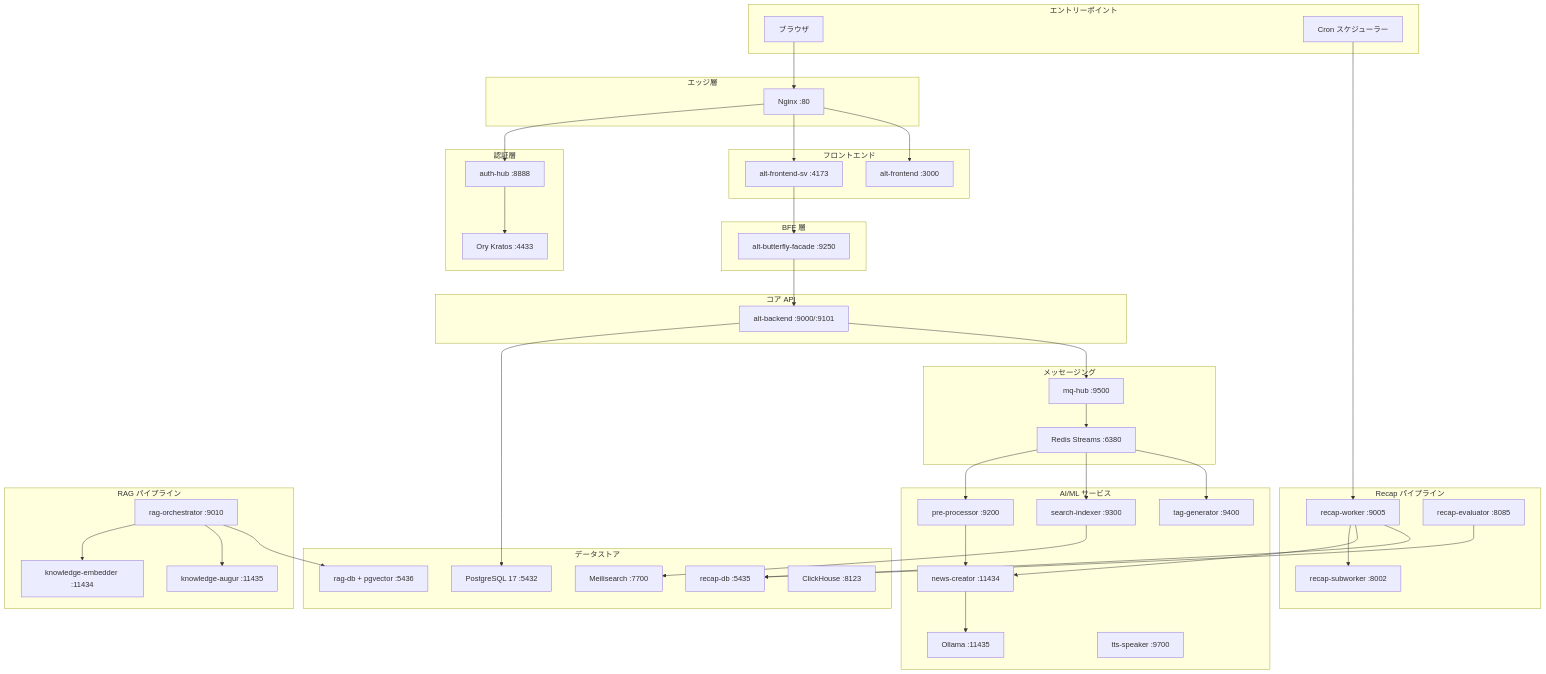
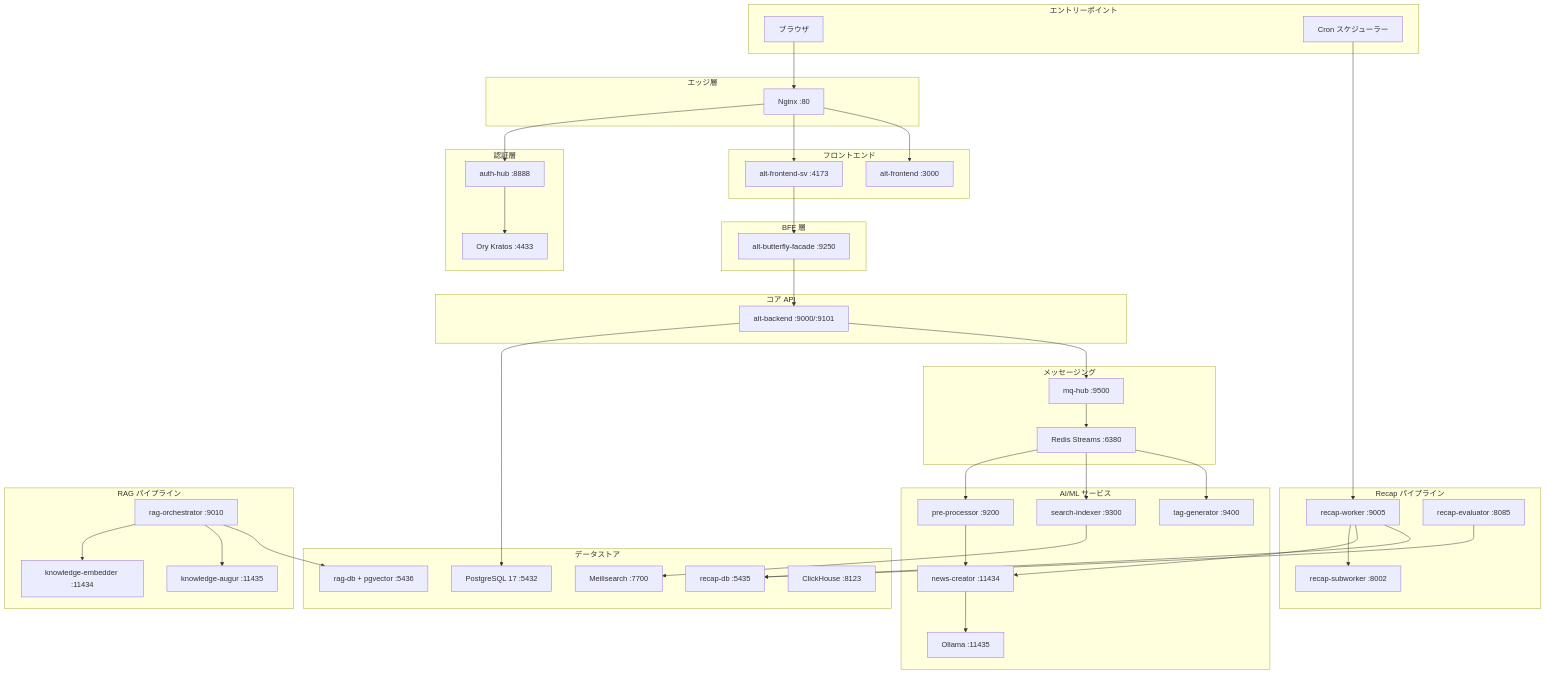
The first of 6 diagrams in docs/alt-platform-guide-ja.md (Kaikei-e/Alt), drawn with Mermaid before and after one commit. The commit also changed other lines of this file and 11 other files, not shown here.

````diff
--- a/docs/alt-platform-guide-ja.md
+++ b/docs/alt-platform-guide-ja.md
@@ -121,82 +119,81 @@
 ```mermaid
 graph TB
     subgraph "エントリーポイント"
         Browser[ブラウザ]
         Cron[Cron スケジューラー]
     end
 
     subgraph "エッジ層"
         Nginx[Nginx :80]
     end
 
     subgraph "認証層"
         AuthHub[auth-hub :8888]
         Kratos[Ory Kratos :4433]
     end
 
     subgraph "フロントエンド"
         SvelteKit[alt-frontend-sv :4173]
         NextJS[alt-frontend :3000]
     end
 
     subgraph "BFF 層"
         BFF[alt-butterfly-facade :9250]
     end
 
     subgraph "コア API"
         Backend[alt-backend :9000/:9101]
     end
 
     subgraph "メッセージング"
         MQHub[mq-hub :9500]
         Redis[Redis Streams :6380]
     end
 
     subgraph "AI/ML サービス"
         NewsCreator[news-creator :11434]
         Ollama[Ollama :11435]
         TagGen[tag-generator :9400]
         PreProc[pre-processor :9200]
         SearchIdx[search-indexer :9300]
-        TTS[tts-speaker :9700]
     end
 
     subgraph "Recap パイプライン"
         RecapWorker[recap-worker :9005]
         RecapSub[recap-subworker :8002]
         RecapEval[recap-evaluator :8085]
     end
 
     subgraph "RAG パイプライン"
         RAGOrch[rag-orchestrator :9010]
         Augur[knowledge-augur :11435]
         Embedder[knowledge-embedder :11434]
     end
 
     subgraph "データストア"
         PG[PostgreSQL 17 :5432]
         RecapDB[recap-db :5435]
         RAGDB[rag-db + pgvector :5436]
         Meili[Meilisearch :7700]
         CH[ClickHouse :8123]
     end
 
     Browser --> Nginx
     Nginx --> AuthHub --> Kratos
     Nginx --> SvelteKit
     Nginx --> NextJS
     SvelteKit --> BFF --> Backend
     Backend --> PG
     Backend --> MQHub --> Redis
     Redis --> PreProc
     Redis --> SearchIdx --> Meili
     Redis --> TagGen
     PreProc --> NewsCreator --> Ollama
     Cron --> RecapWorker --> RecapSub
     RecapWorker --> NewsCreator
     RecapWorker --> RecapDB
     RecapEval --> RecapDB
     RAGOrch --> Embedder
     RAGOrch --> Augur
     RAGOrch --> RAGDB
 ```
````
